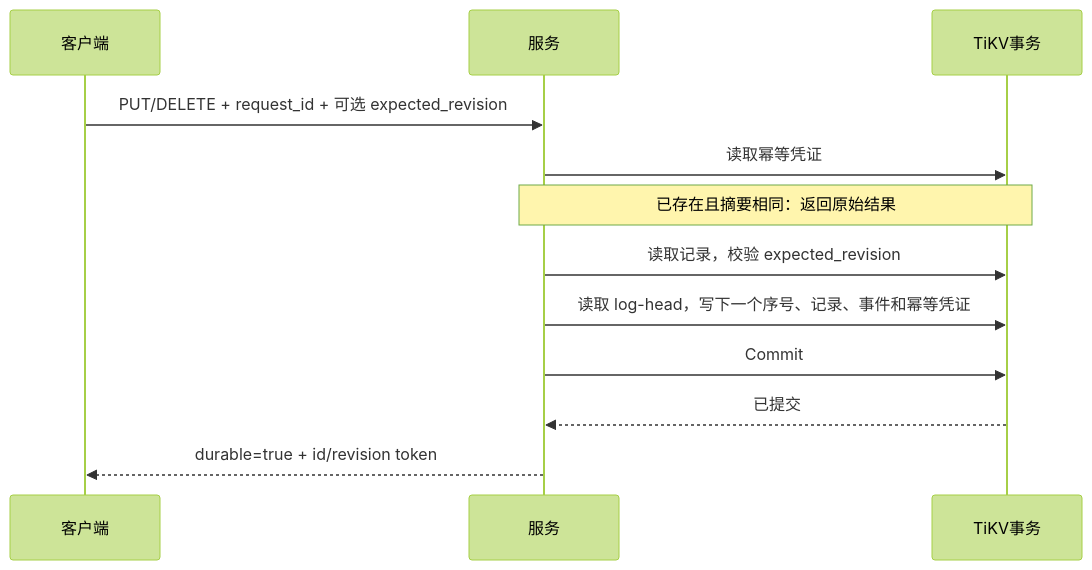
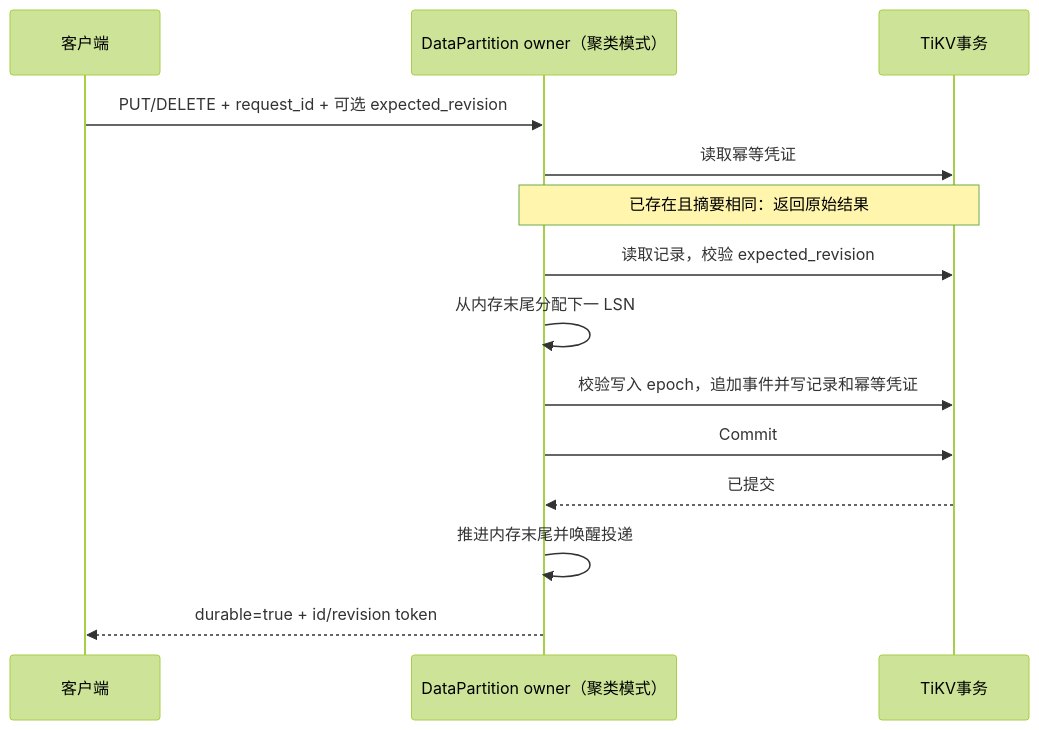
Before and after one commit to youyou-myheart/vecdb: the second of 5 diagrams in DESIGN.md, drawn with Mermaid (forest theme). The commit also changed other lines of this file and 91 other files, not shown here.

````diff
--- a/DESIGN.md
+++ b/DESIGN.md
@@ -76,14 +76,16 @@
 ```mermaid
 sequenceDiagram
     participant C as 客户端
-    participant A as 服务
+    participant A as DataPartition owner（聚类模式）
     participant T as TiKV事务
     C->>A: PUT/DELETE + request_id + 可选 expected_revision
     A->>T: 读取幂等凭证
     Note over A,T: 已存在且摘要相同：返回原始结果
     A->>T: 读取记录，校验 expected_revision
-    A->>T: 读取 log-head，写下一个序号、记录、事件和幂等凭证
+    A->>A: 从内存末尾分配下一 LSN
+    A->>T: 校验写入 epoch，追加事件并写记录和幂等凭证
     A->>T: Commit
     T-->>A: 已提交
+    A->>A: 推进内存末尾并唤醒投递
     A-->>C: durable=true + id/revision token
 ```
````
